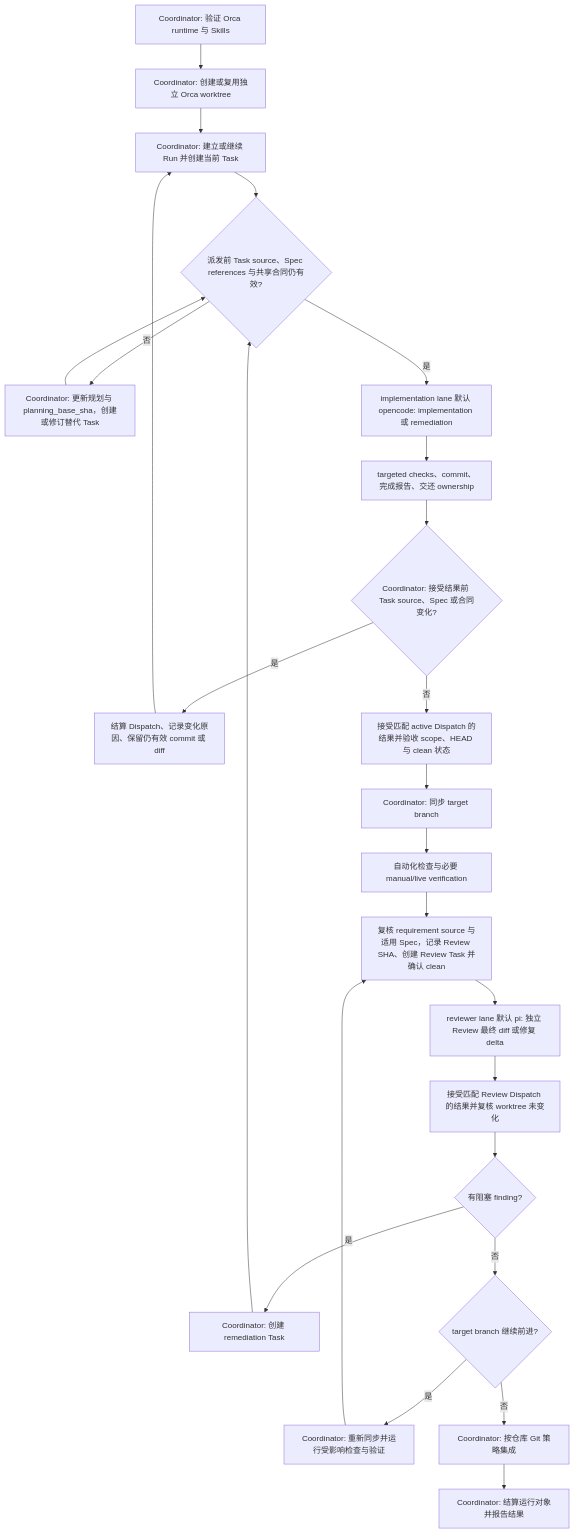
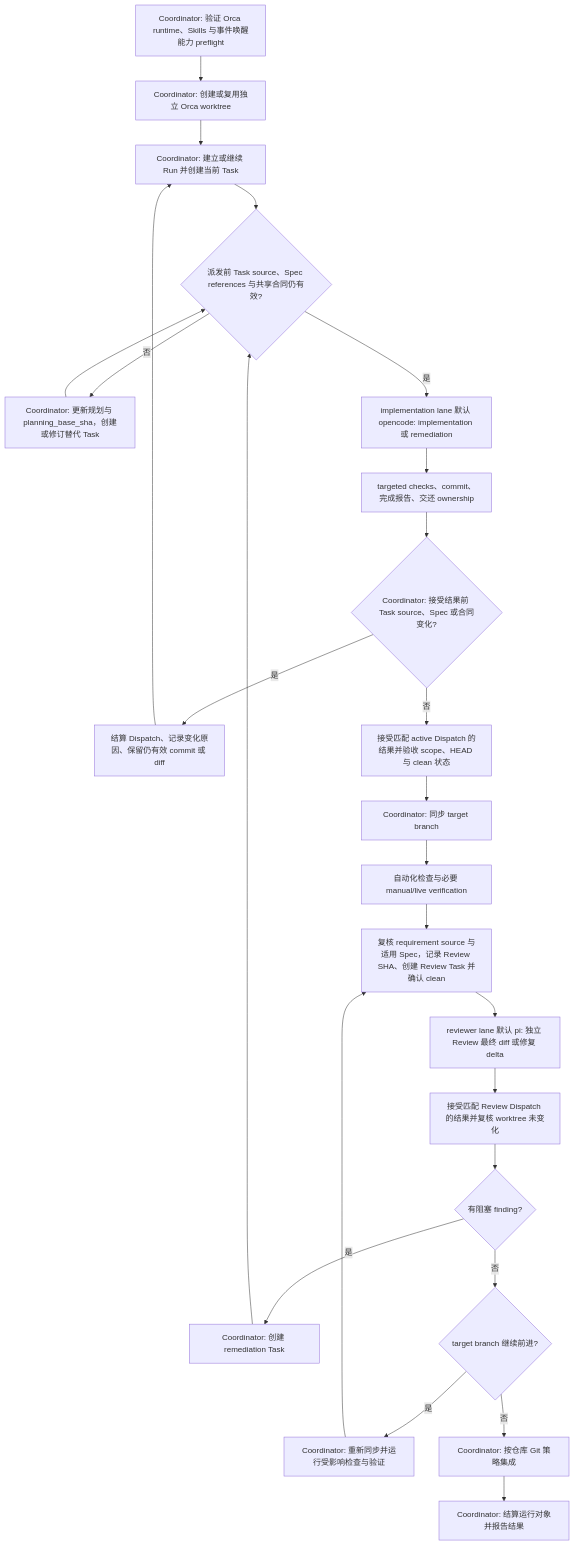
The diagram in WORKFLOW.md (hanjeahwan/chatgpt-pro), drawn with Mermaid before and after one commit. The commit also changed other lines of this file, not shown here.

Commit message:
📝 (workflow): remediate event-wake findings (Run-level preflight, wake hardening, checkpoint schema)

````diff
--- a/WORKFLOW.md
+++ b/WORKFLOW.md
@@ -5,27 +5,27 @@
 ```mermaid
 flowchart TD
-    C0[Coordinator: 验证 Orca runtime 与 Skills] --> C1[Coordinator: 创建或复用独立 Orca worktree]
+    C0[Coordinator: 验证 Orca runtime、Skills 与事件唤醒能力 preflight] --> C1[Coordinator: 创建或复用独立 Orca worktree]
     C1 --> C2[Coordinator: 建立或继续 Run 并创建当前 Task]
     C2 --> S0{派发前 Task source、Spec references 与共享合同仍有效?}
     S0 -- 否 --> P0[Coordinator: 更新规划与 planning_base_sha，创建或修订替代 Task]
     P0 --> S0
     S0 -- 是 --> I1[implementation lane 默认 opencode: implementation 或 remediation]
     I1 --> I2[targeted checks、commit、完成报告、交还 ownership]
     I2 --> S1{Coordinator: 接受结果前 Task source、Spec 或合同变化?}
     S1 -- 是 --> P1[结算 Dispatch、记录变化原因、保留仍有效 commit 或 diff]
     P1 --> C2
     S1 -- 否 --> C3[接受匹配 active Dispatch 的结果并验收 scope、HEAD 与 clean 状态]
     C3 --> C4[Coordinator: 同步 target branch]
     C4 --> C5[自动化检查与必要 manual/live verification]
     C5 --> C6[复核 requirement source 与适用 Spec，记录 Review SHA、创建 Review Task 并确认 clean]
     C6 --> R1[reviewer lane 默认 pi: 独立 Review 最终 diff 或修复 delta]
     R1 --> C7[接受匹配 Review Dispatch 的结果并复核 worktree 未变化]
     C7 --> C8{有阻塞 finding?}
     C8 -- 是 --> C9[Coordinator: 创建 remediation Task]
     C9 --> S0
     C8 -- 否 --> C10{target branch 继续前进?}
     C10 -- 是 --> C11[Coordinator: 重新同步并运行受影响检查与验证]
     C11 --> C6
     C10 -- 否 --> C13[Coordinator: 按仓库 Git 策略集成]
     C13 --> C14[Coordinator: 结算运行对象并报告结果]
 ```
````
